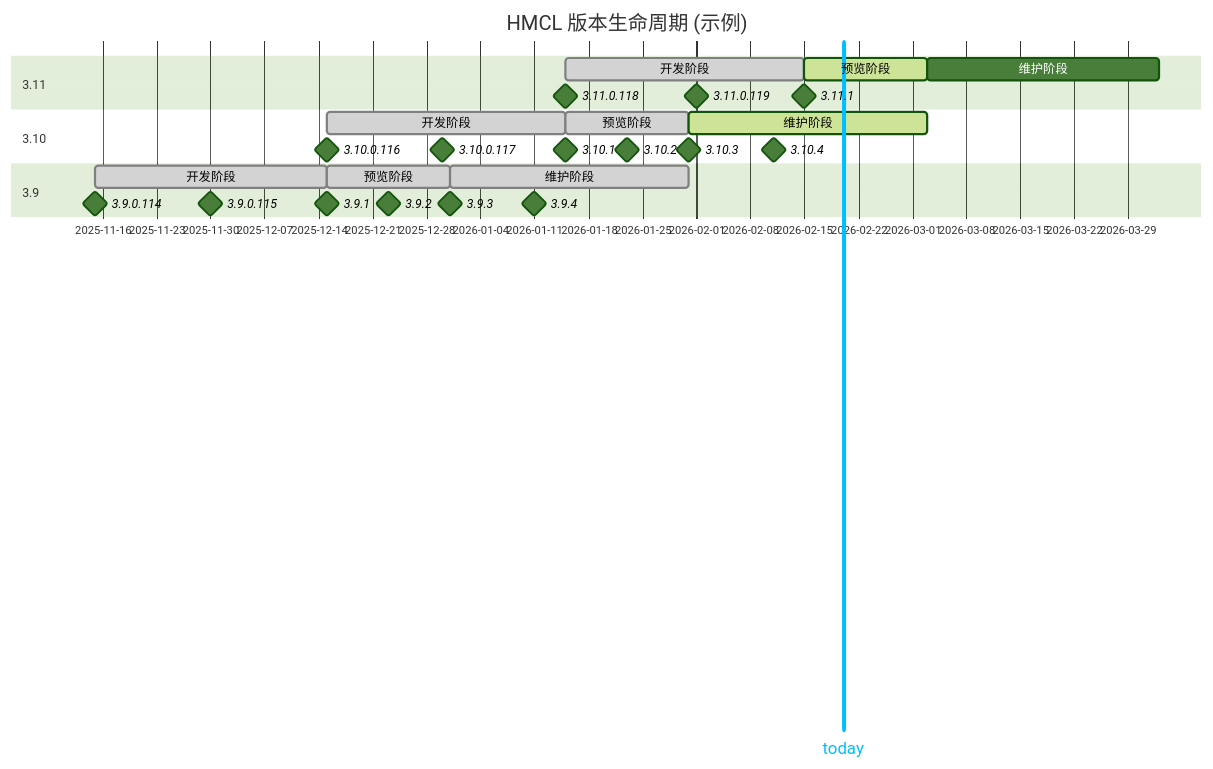
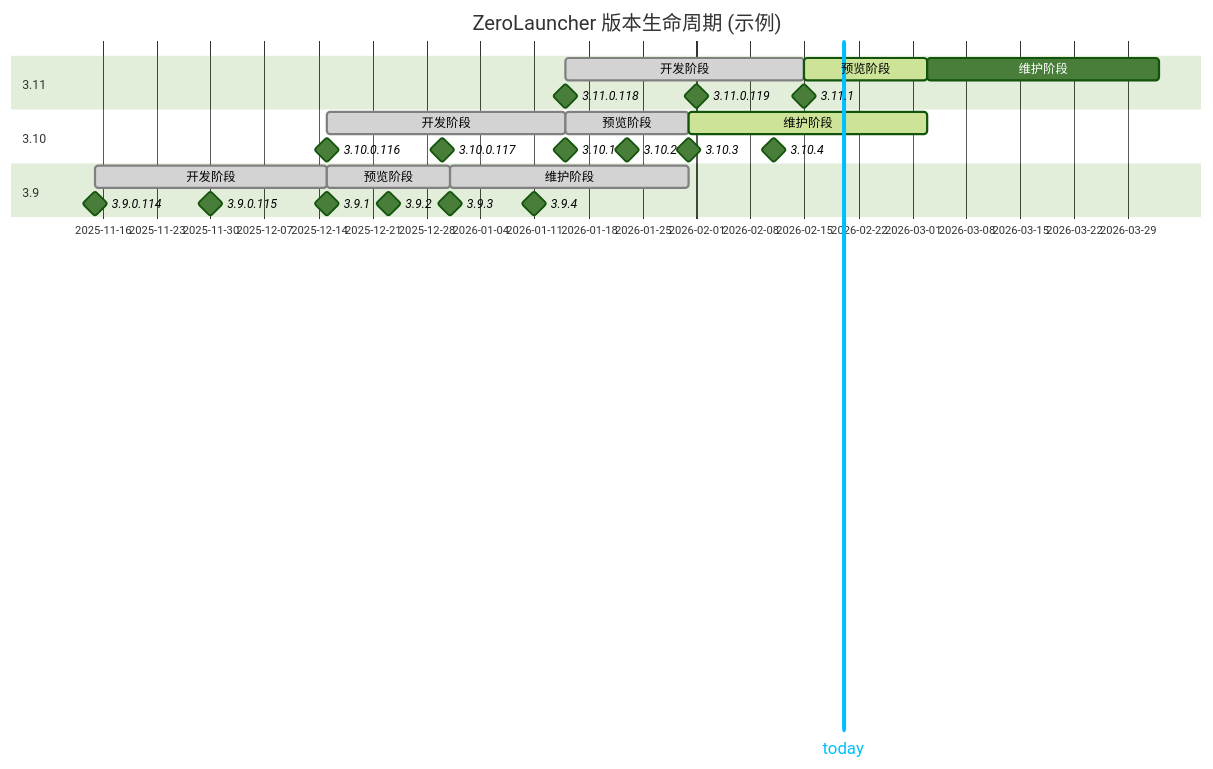
One commit to ZeroLauncherOfficial/ZeroLauncher changed the diagram in docs/ReleaseSchedule_zh.md. Above: the diagram before and after it, drawn with Mermaid (forest theme). The commit also changed other lines of this file and 1949 other files, not shown here.

Commit message:
feat: v1.0.0 - Full ZeroLauncher rebranding (org.zero.launcher), new 32-bit Icon, and Single-File Standalone EXE

````diff
--- a/docs/ReleaseSchedule_zh.md
+++ b/docs/ReleaseSchedule_zh.md
@@ -43,35 +43,35 @@
 ```mermaid
 ---
 displayMode: compact
 ---
 gantt
-    title HMCL 版本生命周期 (示例)
+    title ZeroLauncher 版本生命周期 (示例)
     section 3.11
         today: vert, 2026-02-20, 0d
         开发阶段: done, c1, after b1, 31d
         预览阶段: active, c2, after c1, 16d
         维护阶段: c3, after c2, 30d
         3.11.0.118: milestone, after b1, 0d
         3.11.0.119: milestone, 2026-02-01, 0d
         3.11.1: milestone, after c1, 0d
     section 3.10
         开发阶段: done, b1, after a1, 31d
         预览阶段: done, b2, after b1, 16d
         维护阶段: active, b3, after b2, 31d
         3.10.0.116: milestone, after a1, 0d
         3.10.0.117: milestone, 2025-12-30, 0d
         3.10.1: milestone, after b1, 0d
         3.10.2: milestone, 2026-01-23, 0d
         3.10.3: milestone, after b2, 0d
         3.10.4: milestone, 2026-02-11, 0d
     section 3.9
         开发阶段: done, a1, 2025-11-15, 30d
         预览阶段: done, a2, after a1, 16d
         维护阶段: done, a3, after a2, 31d
         3.9.0.114: milestone, 2025-11-15, 0d
         3.9.0.115: milestone, 2025-11-30, 0d
         3.9.1: milestone, after a1, 0d
         3.9.2: milestone, 2025-12-23, 0d
         3.9.3: milestone, after a2, 0d
         3.9.4: milestone, 2026-01-11, 0d
 ```
````
